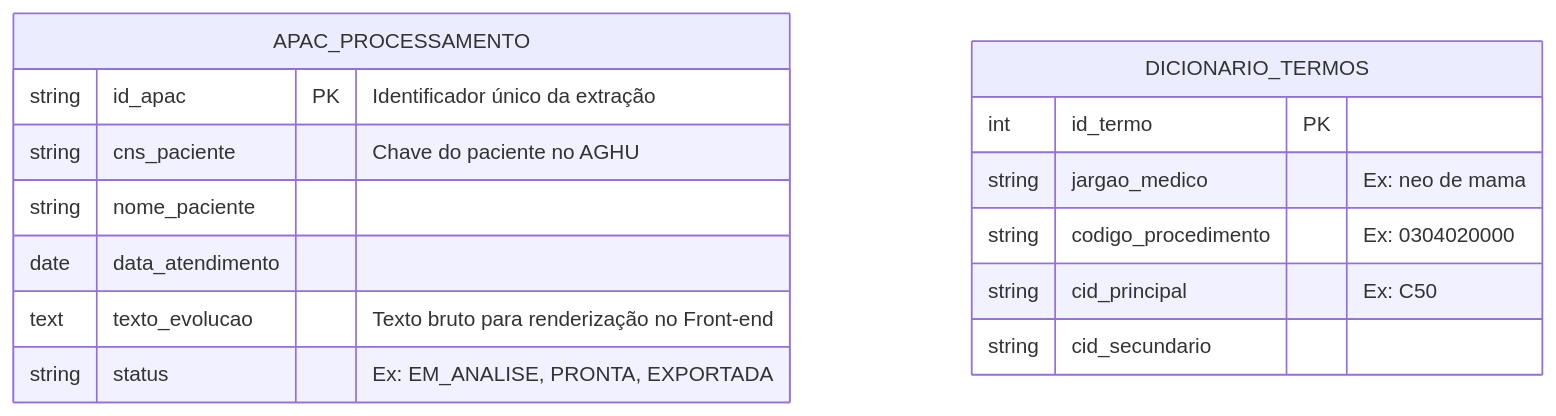
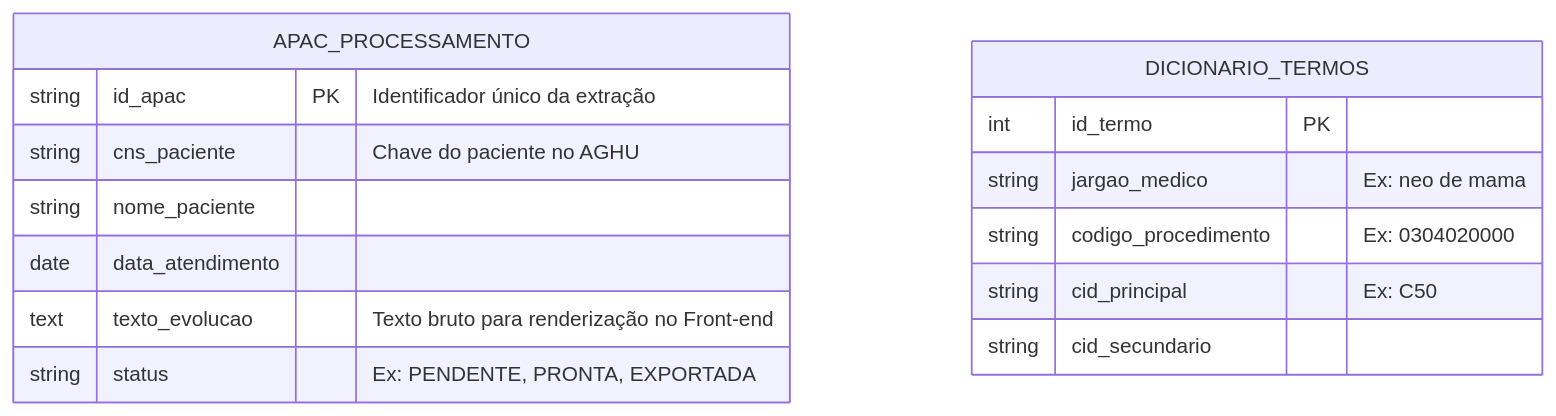
Before and after one commit to DDRZzz/documentacao_APAC: the diagram in 04-modelo-dados.md, drawn with Mermaid.

````diff
--- a/04-modelo-dados.md
+++ b/04-modelo-dados.md
@@ -5,19 +5,19 @@
 ```mermaid
 erDiagram
     APAC_PROCESSAMENTO {
         string id_apac PK "Identificador único da extração"
         string cns_paciente "Chave do paciente no AGHU"
         string nome_paciente
         date data_atendimento
         text texto_evolucao "Texto bruto para renderização no Front-end"
-        string status "Ex: EM_ANALISE, PRONTA, EXPORTADA"
+        string status "Ex: PENDENTE, PRONTA, EXPORTADA"
     }
 
     DICIONARIO_TERMOS {
         int id_termo PK
         string jargao_medico "Ex: neo de mama"
         string codigo_procedimento "Ex: 0304020000"
         string cid_principal "Ex: C50"
         string cid_secundario 
     }
 ```
````
